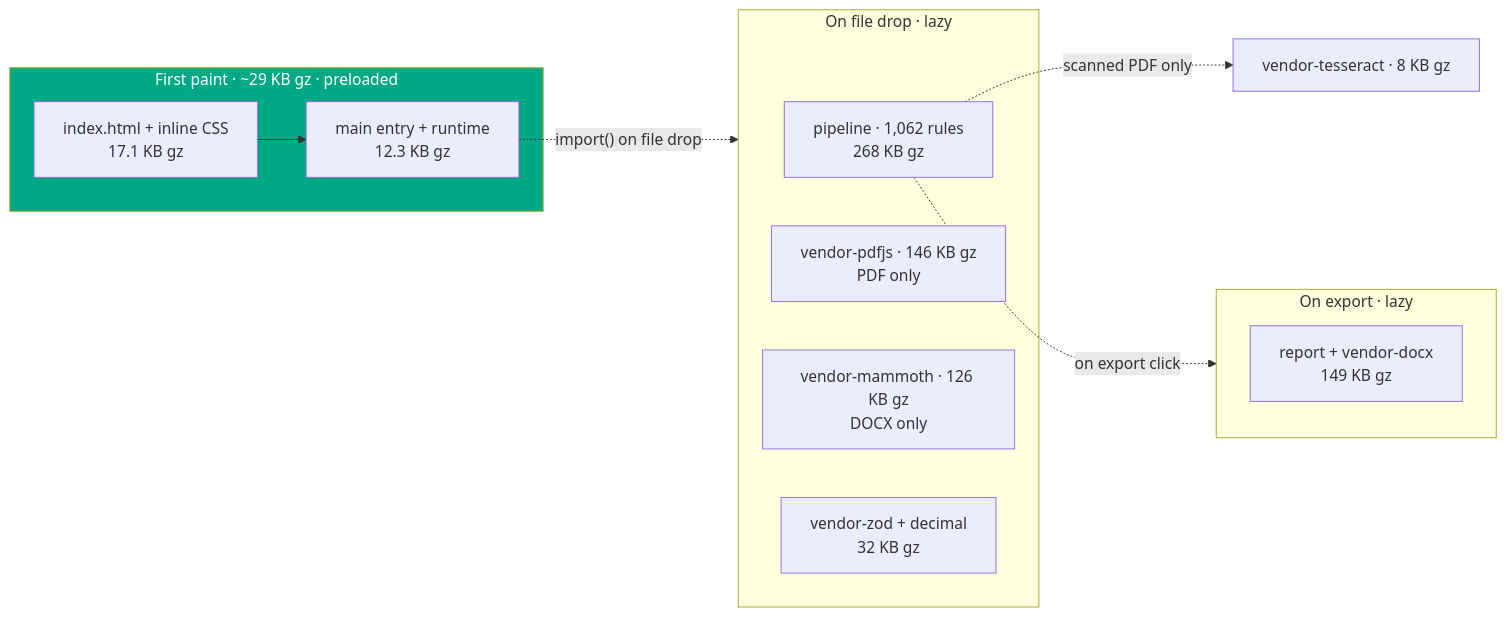
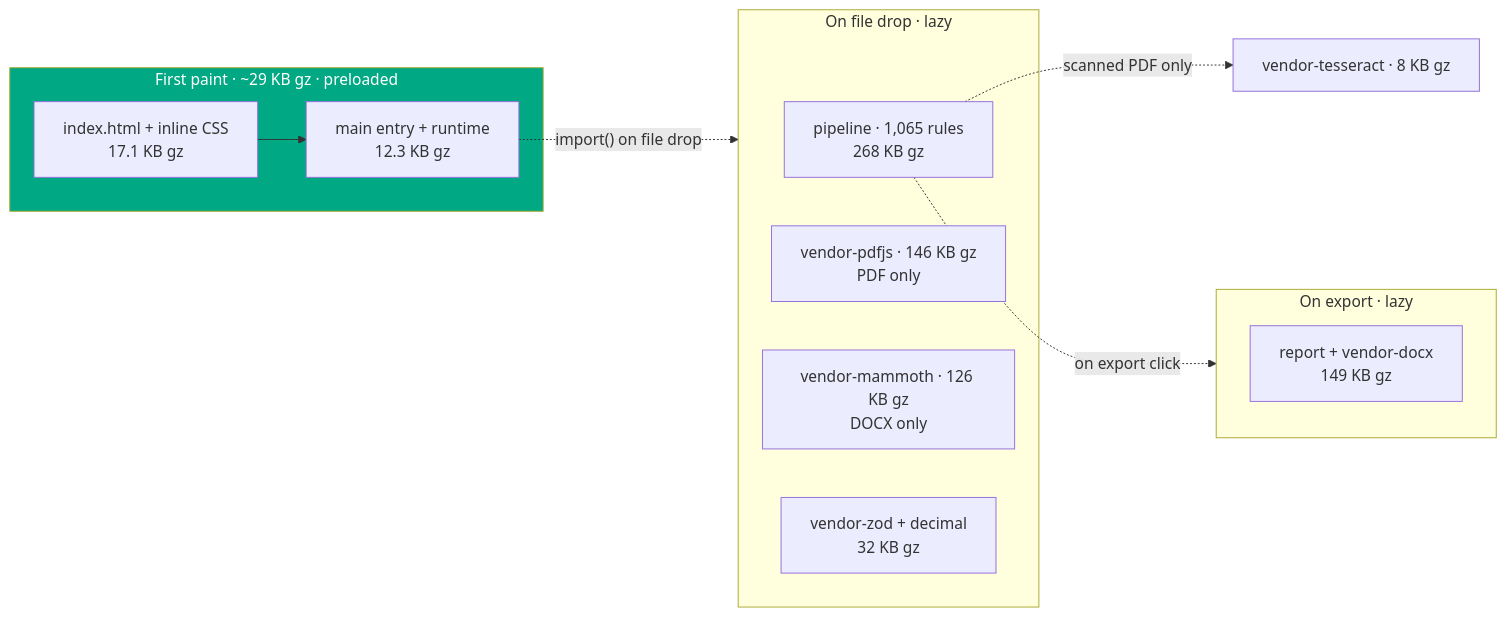
The seventh of 8 diagrams in README.md (clay-good/vaulytica), drawn with Mermaid before and after one commit. The commit also changed other lines of this file and 13 other files, not shown here.

````diff
--- a/README.md
+++ b/README.md
@@ -380,19 +392,19 @@
 ```mermaid
 flowchart LR
   subgraph FP["First paint · ~29 KB gz · preloaded"]
     H[index.html + inline CSS<br/>17.1 KB gz] --> M[main entry + runtime<br/>12.3 KB gz]
   end
   M -. "import() on file drop" .-> DROP
   subgraph DROP["On file drop · lazy"]
-    P[pipeline · 1,062 rules<br/>268 KB gz]
+    P[pipeline · 1,065 rules<br/>268 KB gz]
     PDF[vendor-pdfjs · 146 KB gz<br/>PDF only]
     DOCXIN[vendor-mammoth · 126 KB gz<br/>DOCX only]
     Z[vendor-zod + decimal<br/>32 KB gz]
   end
   P -. "on export click" .-> EXP
   subgraph EXP["On export · lazy"]
     RPT[report + vendor-docx<br/>149 KB gz]
   end
   P -. "scanned PDF only" .-> OCR[vendor-tesseract · 8 KB gz]
   style FP fill:#00A883,color:#fff
 ```
````
